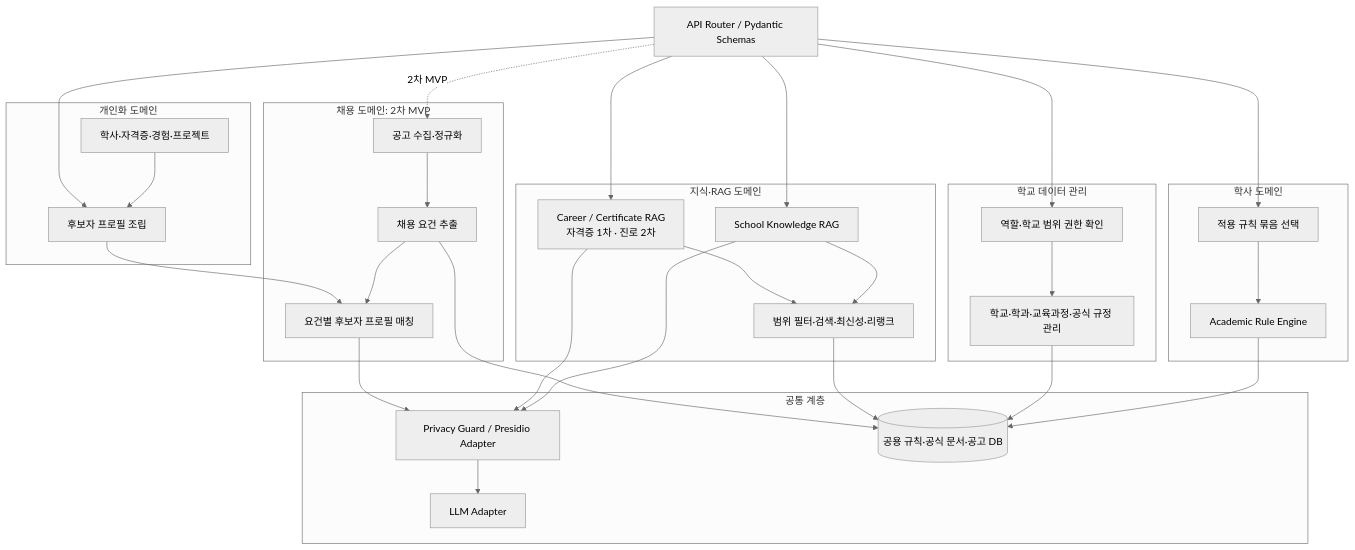
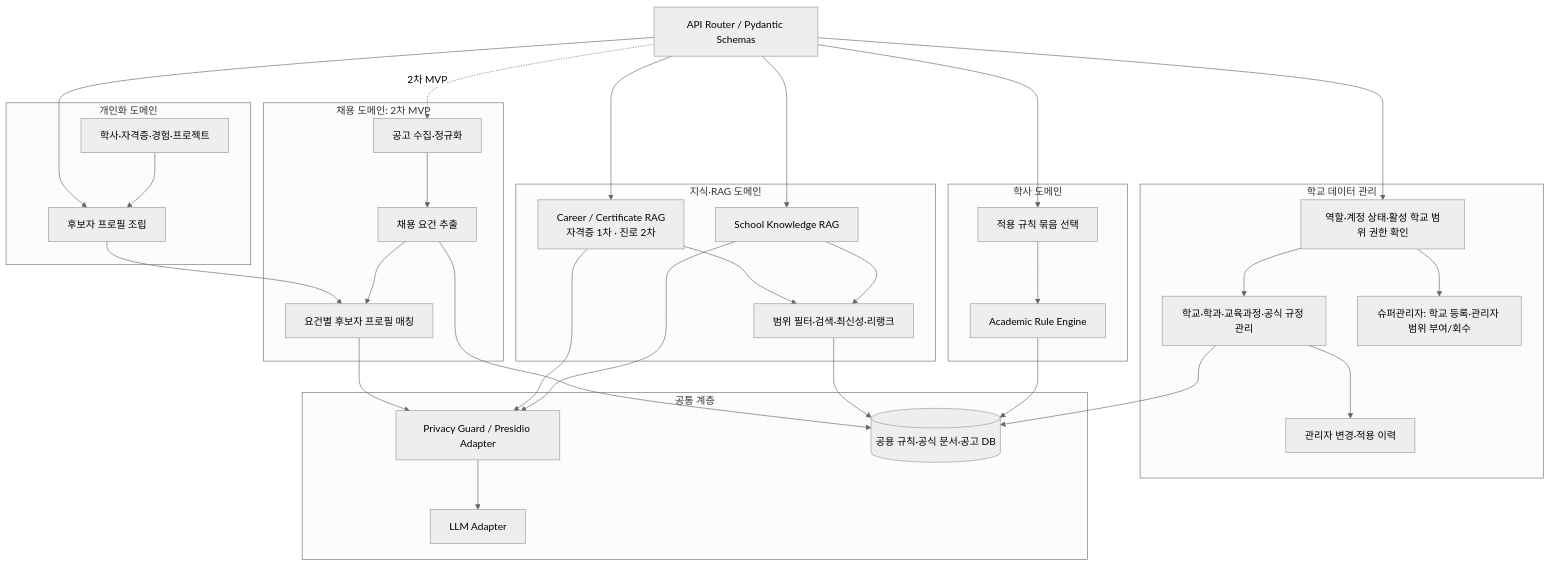
The third of 5 diagrams in docs/architecture-erd.md (product04231125/UNIPATH), drawn with Mermaid (neutral theme) before and after one commit. The commit also changed other lines of this file and 2 other files, not shown here.

Commit message:
docs: define shared administrator roles and scope lifecycle

````diff
--- a/docs/architecture-erd.md
+++ b/docs/architecture-erd.md
@@ -120,59 +121,61 @@
 ```mermaid
 flowchart TB
     API[API Router / Pydantic Schemas]
 
     subgraph Academic[학사 도메인]
         RuleSetResolver[적용 규칙 묶음 선택]
         RuleEngine[Academic Rule Engine]
         RuleSetResolver --> RuleEngine
     end
 
     subgraph Administration[학교 데이터 관리]
-        AccessControl[역할·학교 범위 권한 확인]
+        AccessControl[역할·계정 상태·활성 학교 범위 권한 확인]
         OfficialDataManagement[학교·학과·교육과정·공식 규정 관리]
         AccessControl --> OfficialDataManagement
+        AccessControl --> PlatformAdministration[슈퍼관리자: 학교 등록·관리자 범위 부여/회수]
+        OfficialDataManagement --> AdminHistory[관리자 변경·적용 이력]
     end
 
     subgraph Knowledge[지식·RAG 도메인]
         SchoolRag[School Knowledge RAG]
         CareerRag[Career / Certificate RAG<br/>자격증 1차 · 진로 2차]
         Retrieval[범위 필터·검색·최신성·리랭크]
         SchoolRag --> Retrieval
         CareerRag --> Retrieval
     end
 
     subgraph Personalization[개인화 도메인]
         CandidateProfile[후보자 프로필 조립]
         PersonalData[학사·자격증·경험·프로젝트]
         PersonalData --> CandidateProfile
     end
 
     subgraph Employment[채용 도메인: 2차 MVP]
         PostingIngest[공고 수집·정규화]
         RequirementExtraction[채용 요건 추출]
         RequirementMatcher[요건별 후보자 프로필 매칭]
         PostingIngest --> RequirementExtraction --> RequirementMatcher
     end
 
     subgraph CrossCutting[공통 계층]
         PrivacyGuard[Privacy Guard / Presidio Adapter]
         LlmAdapter[LLM Adapter]
         PublicData[(공용 규칙·공식 문서·공고 DB)]
     end
 
     API --> RuleSetResolver
     API --> AccessControl
     API --> SchoolRag
     API --> CareerRag
     API --> CandidateProfile
     API -. 2차 MVP .-> PostingIngest
     RuleEngine --> PublicData
     OfficialDataManagement --> PublicData
     Retrieval --> PublicData
     RequirementExtraction --> PublicData
     CandidateProfile --> RequirementMatcher
     SchoolRag --> PrivacyGuard
     CareerRag --> PrivacyGuard
     RequirementMatcher --> PrivacyGuard
     PrivacyGuard --> LlmAdapter
 ```
````
